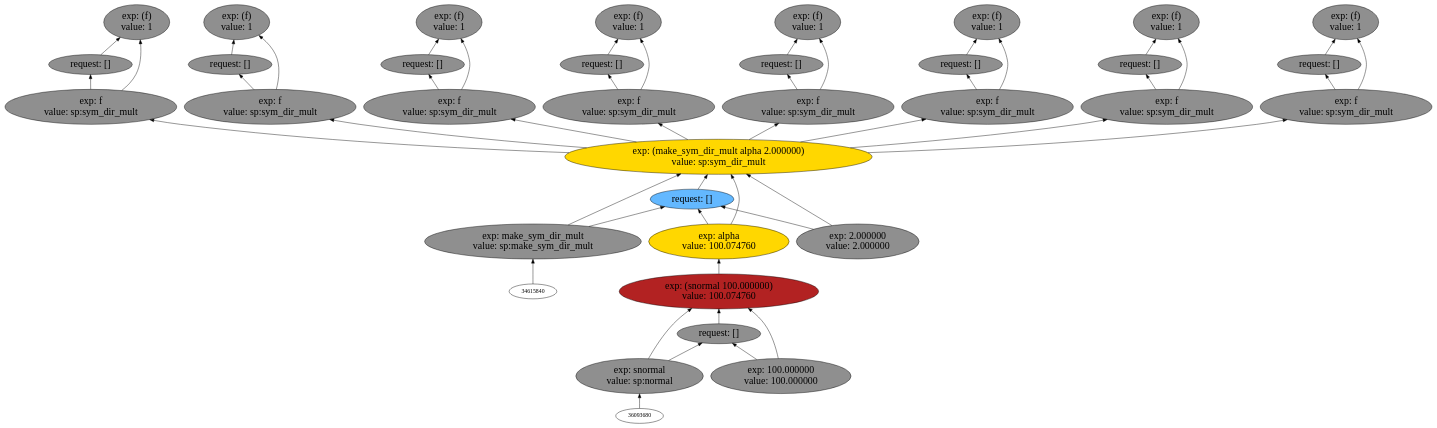
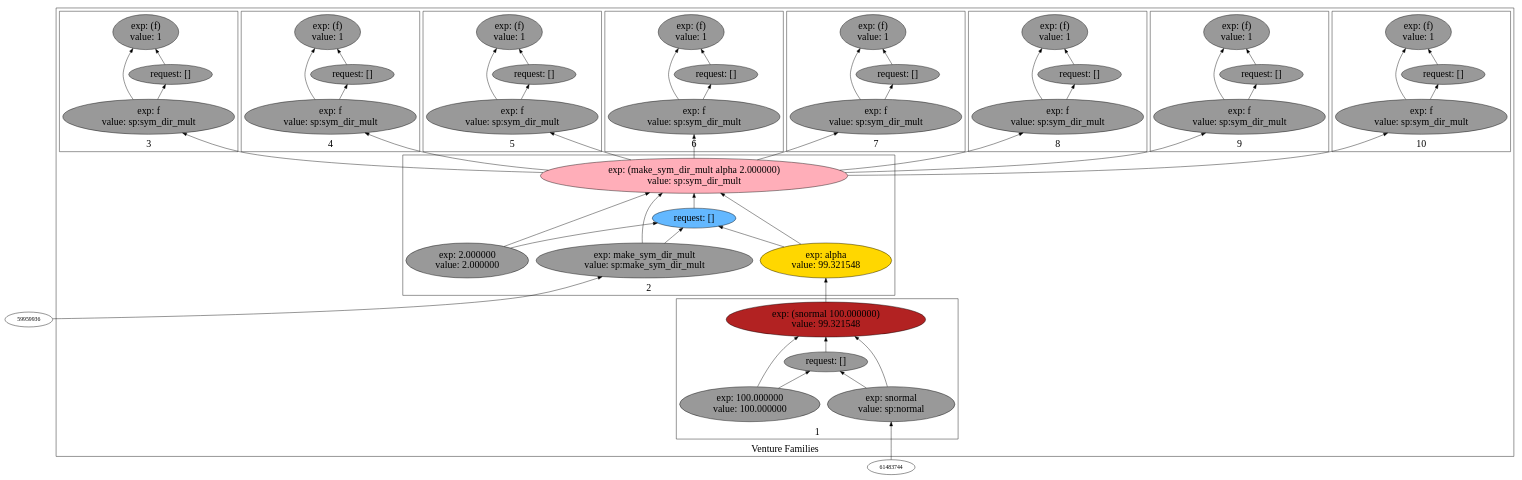
Before and after one commit to probcomp/Venturecxx: the diagram in backend/cxx/pdf_graphs/aaa_basic_with_aaa/dot5.dot, drawn with Graphviz. The commit also changed 464 other files, not shown here.

Commit message:
Pretty good draft of schematics.

```diff
--- a/backend/cxx/pdf_graphs/aaa_basic_with_aaa/dot5.dot
+++ b/backend/cxx/pdf_graphs/aaa_basic_with_aaa/dot5.dot
@@ -1,129 +1,129 @@
 digraph {
 rankdir=BT
 fontsize=24
-subgraph clster1 {
+subgraph cluster1 {
 label="Venture Families"
-subgraph clster2 {
+subgraph cluster2 {
 label="1"
-"42447104"["fillcolor"="firebrick" "fontsize"="24" "label"="exp: (snormal 100.000000)\nvalue: 100.074760" "shape"="ellipse" "style"="filled" ]
-"42310096"["fillcolor"="grey56" "fontsize"="24" "label"="request: []" "shape"="ellipse" "style"="filled" ]
-"42484848"["fillcolor"="grey56" "fontsize"="24" "label"="exp: snormal\nvalue: sp:normal" "shape"="ellipse" "style"="filled" ]
-"42935696"["fillcolor"="grey56" "fontsize"="24" "label"="exp: 100.000000\nvalue: 100.000000" "shape"="ellipse" "style"="filled" ]
+"58793328"["fillcolor"="firebrick" "fontsize"="24" "label"="exp: (snormal 100.000000)\nvalue: 99.321548" "shape"="ellipse" "style"="filled" ]
+"59782368"["fillcolor"="grey60" "fontsize"="24" "label"="request: []" "shape"="ellipse" "style"="filled" ]
+"60176752"["fillcolor"="grey60" "fontsize"="24" "label"="exp: snormal\nvalue: sp:normal" "shape"="ellipse" "style"="filled" ]
+"55978896"["fillcolor"="grey60" "fontsize"="24" "label"="exp: 100.000000\nvalue: 100.000000" "shape"="ellipse" "style"="filled" ]
 }
 
-subgraph clster3 {
+subgraph cluster3 {
 label="2"
-"41591168"["fillcolor"="gold" "fontsize"="24" "label"="exp: (make_sym_dir_mult alpha 2.000000)\nvalue: sp:sym_dir_mult" "shape"="ellipse" "style"="filled" ]
-"43633376"["fillcolor"="steelblue1" "fontsize"="24" "label"="request: []" "shape"="ellipse" "style"="filled" ]
-"41774160"["fillcolor"="grey56" "fontsize"="24" "label"="exp: make_sym_dir_mult\nvalue: sp:make_sym_dir_mult" "shape"="ellipse" "style"="filled" ]
-"43937024"["fillcolor"="gold" "fontsize"="24" "label"="exp: alpha\nvalue: 100.074760" "shape"="ellipse" "style"="filled" ]
-"41472864"["fillcolor"="grey56" "fontsize"="24" "label"="exp: 2.000000\nvalue: 2.000000" "shape"="ellipse" "style"="filled" ]
+"55107072"["fillcolor"="lightpink1" "fontsize"="24" "label"="exp: (make_sym_dir_mult alpha 2.000000)\nvalue: sp:sym_dir_mult" "shape"="ellipse" "style"="filled" ]
+"58183536"["fillcolor"="steelblue1" "fontsize"="24" "label"="request: []" "shape"="ellipse" "style"="filled" ]
+"53296304"["fillcolor"="grey60" "fontsize"="24" "label"="exp: make_sym_dir_mult\nvalue: sp:make_sym_dir_mult" "shape"="ellipse" "style"="filled" ]
+"52404240"["fillcolor"="gold" "fontsize"="24" "label"="exp: alpha\nvalue: 99.321548" "shape"="ellipse" "style"="filled" ]
+"57853120"["fillcolor"="grey60" "fontsize"="24" "label"="exp: 2.000000\nvalue: 2.000000" "shape"="ellipse" "style"="filled" ]
 }
 
-subgraph clster4 {
+subgraph cluster4 {
 label="3"
-"42197104"["fillcolor"="grey56" "fontsize"="24" "label"="exp: (f)\nvalue: 1" "shape"="ellipse" "style"="filled" ]
-"41766944"["fillcolor"="grey56" "fontsize"="24" "label"="request: []" "shape"="ellipse" "style"="filled" ]
-"41899120"["fillcolor"="grey56" "fontsize"="24" "label"="exp: f\nvalue: sp:sym_dir_mult" "shape"="ellipse" "style"="filled" ]
+"60085760"["fillcolor"="grey60" "fontsize"="24" "label"="exp: (f)\nvalue: 1" "shape"="ellipse" "style"="filled" ]
+"60248128"["fillcolor"="grey60" "fontsize"="24" "label"="request: []" "shape"="ellipse" "style"="filled" ]
+"53085776"["fillcolor"="grey60" "fontsize"="24" "label"="exp: f\nvalue: sp:sym_dir_mult" "shape"="ellipse" "style"="filled" ]
 }
 
-subgraph clster5 {
+subgraph cluster5 {
 label="4"
-"41502064"["fillcolor"="grey56" "fontsize"="24" "label"="exp: (f)\nvalue: 1" "shape"="ellipse" "style"="filled" ]
-"41668336"["fillcolor"="grey56" "fontsize"="24" "label"="request: []" "shape"="ellipse" "style"="filled" ]
-"41702848"["fillcolor"="grey56" "fontsize"="24" "label"="exp: f\nvalue: sp:sym_dir_mult" "shape"="ellipse" "style"="filled" ]
+"54608032"["fillcolor"="grey60" "fontsize"="24" "label"="exp: (f)\nvalue: 1" "shape"="ellipse" "style"="filled" ]
+"60205760"["fillcolor"="grey60" "fontsize"="24" "label"="request: []" "shape"="ellipse" "style"="filled" ]
+"55036928"["fillcolor"="grey60" "fontsize"="24" "label"="exp: f\nvalue: sp:sym_dir_mult" "shape"="ellipse" "style"="filled" ]
 }
 
-subgraph clster6 {
+subgraph cluster6 {
 label="5"
-"43914880"["fillcolor"="grey56" "fontsize"="24" "label"="exp: (f)\nvalue: 1" "shape"="ellipse" "style"="filled" ]
-"41586192"["fillcolor"="grey56" "fontsize"="24" "label"="request: []" "shape"="ellipse" "style"="filled" ]
-"43941360"["fillcolor"="grey56" "fontsize"="24" "label"="exp: f\nvalue: sp:sym_dir_mult" "shape"="ellipse" "style"="filled" ]
+"53080768"["fillcolor"="grey60" "fontsize"="24" "label"="exp: (f)\nvalue: 1" "shape"="ellipse" "style"="filled" ]
+"48783584"["fillcolor"="grey60" "fontsize"="24" "label"="request: []" "shape"="ellipse" "style"="filled" ]
+"53080080"["fillcolor"="grey60" "fontsize"="24" "label"="exp: f\nvalue: sp:sym_dir_mult" "shape"="ellipse" "style"="filled" ]
 }
 
-subgraph clster7 {
+subgraph cluster7 {
 label="6"
-"43963744"["fillcolor"="grey56" "fontsize"="24" "label"="exp: (f)\nvalue: 1" "shape"="ellipse" "style"="filled" ]
-"35194864"["fillcolor"="grey56" "fontsize"="24" "label"="request: []" "shape"="ellipse" "style"="filled" ]
-"41749504"["fillcolor"="grey56" "fontsize"="24" "label"="exp: f\nvalue: sp:sym_dir_mult" "shape"="ellipse" "style"="filled" ]
+"50481568"["fillcolor"="grey60" "fontsize"="24" "label"="exp: (f)\nvalue: 1" "shape"="ellipse" "style"="filled" ]
+"53215552"["fillcolor"="grey60" "fontsize"="24" "label"="request: []" "shape"="ellipse" "style"="filled" ]
+"53333456"["fillcolor"="grey60" "fontsize"="24" "label"="exp: f\nvalue: sp:sym_dir_mult" "shape"="ellipse" "style"="filled" ]
 }
 
-subgraph clster8 {
+subgraph cluster8 {
 label="7"
-"42202208"["fillcolor"="grey56" "fontsize"="24" "label"="exp: (f)\nvalue: 1" "shape"="ellipse" "style"="filled" ]
-"42198992"["fillcolor"="grey56" "fontsize"="24" "label"="request: []" "shape"="ellipse" "style"="filled" ]
-"41474064"["fillcolor"="grey56" "fontsize"="24" "label"="exp: f\nvalue: sp:sym_dir_mult" "shape"="ellipse" "style"="filled" ]
+"57253040"["fillcolor"="grey60" "fontsize"="24" "label"="exp: (f)\nvalue: 1" "shape"="ellipse" "style"="filled" ]
+"50247536"["fillcolor"="grey60" "fontsize"="24" "label"="request: []" "shape"="ellipse" "style"="filled" ]
+"53345520"["fillcolor"="grey60" "fontsize"="24" "label"="exp: f\nvalue: sp:sym_dir_mult" "shape"="ellipse" "style"="filled" ]
 }
 
-subgraph clster9 {
+subgraph cluster9 {
 label="8"
-"42295808"["fillcolor"="grey56" "fontsize"="24" "label"="exp: (f)\nvalue: 1" "shape"="ellipse" "style"="filled" ]
-"42259632"["fillcolor"="grey56" "fontsize"="24" "label"="request: []" "shape"="ellipse" "style"="filled" ]
-"42347008"["fillcolor"="grey56" "fontsize"="24" "label"="exp: f\nvalue: sp:sym_dir_mult" "shape"="ellipse" "style"="filled" ]
+"52397680"["fillcolor"="grey60" "fontsize"="24" "label"="exp: (f)\nvalue: 1" "shape"="ellipse" "style"="filled" ]
+"54602032"["fillcolor"="grey60" "fontsize"="24" "label"="request: []" "shape"="ellipse" "style"="filled" ]
+"51119600"["fillcolor"="grey60" "fontsize"="24" "label"="exp: f\nvalue: sp:sym_dir_mult" "shape"="ellipse" "style"="filled" ]
 }
 
-subgraph clster10 {
+subgraph cluster10 {
 label="9"
-"42434384"["fillcolor"="grey56" "fontsize"="24" "label"="exp: (f)\nvalue: 1" "shape"="ellipse" "style"="filled" ]
-"42383184"["fillcolor"="grey56" "fontsize"="24" "label"="request: []" "shape"="ellipse" "style"="filled" ]
-"42470560"["fillcolor"="grey56" "fontsize"="24" "label"="exp: f\nvalue: sp:sym_dir_mult" "shape"="ellipse" "style"="filled" ]
+"55551824"["fillcolor"="grey60" "fontsize"="24" "label"="exp: (f)\nvalue: 1" "shape"="ellipse" "style"="filled" ]
+"55519360"["fillcolor"="grey60" "fontsize"="24" "label"="request: []" "shape"="ellipse" "style"="filled" ]
+"56354352"["fillcolor"="grey60" "fontsize"="24" "label"="exp: f\nvalue: sp:sym_dir_mult" "shape"="ellipse" "style"="filled" ]
 }
 
-subgraph clster11 {
+subgraph cluster11 {
 label="10"
-"42546048"["fillcolor"="grey56" "fontsize"="24" "label"="exp: (f)\nvalue: 1" "shape"="ellipse" "style"="filled" ]
-"42508304"["fillcolor"="grey56" "fontsize"="24" "label"="request: []" "shape"="ellipse" "style"="filled" ]
-"42583792"["fillcolor"="grey56" "fontsize"="24" "label"="exp: f\nvalue: sp:sym_dir_mult" "shape"="ellipse" "style"="filled" ]
+"52407360"["fillcolor"="grey60" "fontsize"="24" "label"="exp: (f)\nvalue: 1" "shape"="ellipse" "style"="filled" ]
+"52991392"["fillcolor"="grey60" "fontsize"="24" "label"="request: []" "shape"="ellipse" "style"="filled" ]
+"51139232"["fillcolor"="grey60" "fontsize"="24" "label"="exp: f\nvalue: sp:sym_dir_mult" "shape"="ellipse" "style"="filled" ]
 }
 
 }
 
-"41702848" -> "41502064"["arrowhead"="normal" "color"="black" "constraint"="true" "style"="solid" ]
-"41702848" -> "41668336"["arrowhead"="normal" "color"="black" "constraint"="true" "style"="solid" ]
-"41591168" -> "41702848"["arrowhead"="normal" "color"="black" "constraint"="true" "style"="solid" ]
-"41668336" -> "41502064"["arrowhead"="normal" "color"="black" "constraint"="true" "style"="solid" ]
-"41774160" -> "41591168"["arrowhead"="normal" "color"="black" "constraint"="true" "style"="solid" ]
-"41774160" -> "43633376"["arrowhead"="normal" "color"="black" "constraint"="true" "style"="solid" ]
-"34615840" -> "41774160"["arrowhead"="normal" "color"="black" "constraint"="true" "style"="solid" ]
-"43937024" -> "41591168"["arrowhead"="normal" "color"="black" "constraint"="true" "style"="solid" ]
-"43937024" -> "43633376"["arrowhead"="normal" "color"="black" "constraint"="true" "style"="solid" ]
-"42447104" -> "43937024"["arrowhead"="normal" "color"="black" "constraint"="true" "style"="solid" ]
-"41472864" -> "41591168"["arrowhead"="normal" "color"="black" "constraint"="true" "style"="solid" ]
-"41472864" -> "43633376"["arrowhead"="normal" "color"="black" "constraint"="true" "style"="solid" ]
-"43633376" -> "41591168"["arrowhead"="normal" "color"="black" "constraint"="true" "style"="solid" ]
-"41899120" -> "42197104"["arrowhead"="normal" "color"="black" "constraint"="true" "style"="solid" ]
-"41899120" -> "41766944"["arrowhead"="normal" "color"="black" "constraint"="true" "style"="solid" ]
-"41591168" -> "41899120"["arrowhead"="normal" "color"="black" "constraint"="true" "style"="solid" ]
-"41766944" -> "42197104"["arrowhead"="normal" "color"="black" "constraint"="true" "style"="solid" ]
-"41474064" -> "42202208"["arrowhead"="normal" "color"="black" "constraint"="true" "style"="solid" ]
-"41474064" -> "42198992"["arrowhead"="normal" "color"="black" "constraint"="true" "style"="solid" ]
-"41591168" -> "41474064"["arrowhead"="normal" "color"="black" "constraint"="true" "style"="solid" ]
-"42198992" -> "42202208"["arrowhead"="normal" "color"="black" "constraint"="true" "style"="solid" ]
-"42347008" -> "42295808"["arrowhead"="normal" "color"="black" "constraint"="true" "style"="solid" ]
-"42347008" -> "42259632"["arrowhead"="normal" "color"="black" "constraint"="true" "style"="solid" ]
-"41591168" -> "42347008"["arrowhead"="normal" "color"="black" "constraint"="true" "style"="solid" ]
-"42259632" -> "42295808"["arrowhead"="normal" "color"="black" "constraint"="true" "style"="solid" ]
-"42470560" -> "42434384"["arrowhead"="normal" "color"="black" "constraint"="true" "style"="solid" ]
-"42470560" -> "42383184"["arrowhead"="normal" "color"="black" "constraint"="true" "style"="solid" ]
-"41591168" -> "42470560"["arrowhead"="normal" "color"="black" "constraint"="true" "style"="solid" ]
-"42383184" -> "42434384"["arrowhead"="normal" "color"="black" "constraint"="true" "style"="solid" ]
-"42484848" -> "42447104"["arrowhead"="normal" "color"="black" "constraint"="true" "style"="solid" ]
-"42484848" -> "42310096"["arrowhead"="normal" "color"="black" "constraint"="true" "style"="solid" ]
-"36093680" -> "42484848"["arrowhead"="normal" "color"="black" "constraint"="true" "style"="solid" ]
-"42935696" -> "42447104"["arrowhead"="normal" "color"="black" "constraint"="true" "style"="solid" ]
-"42935696" -> "42310096"["arrowhead"="normal" "color"="black" "constraint"="true" "style"="solid" ]
-"42310096" -> "42447104"["arrowhead"="normal" "color"="black" "constraint"="true" "style"="solid" ]
-"42583792" -> "42546048"["arrowhead"="normal" "color"="black" "constraint"="true" "style"="solid" ]
-"42583792" -> "42508304"["arrowhead"="normal" "color"="black" "constraint"="true" "style"="solid" ]
-"41591168" -> "42583792"["arrowhead"="normal" "color"="black" "constraint"="true" "style"="solid" ]
-"42508304" -> "42546048"["arrowhead"="normal" "color"="black" "constraint"="true" "style"="solid" ]
-"43941360" -> "43914880"["arrowhead"="normal" "color"="black" "constraint"="true" "style"="solid" ]
-"43941360" -> "41586192"["arrowhead"="normal" "color"="black" "constraint"="true" "style"="solid" ]
-"41591168" -> "43941360"["arrowhead"="normal" "color"="black" "constraint"="true" "style"="solid" ]
-"41586192" -> "43914880"["arrowhead"="normal" "color"="black" "constraint"="true" "style"="solid" ]
-"41749504" -> "43963744"["arrowhead"="normal" "color"="black" "constraint"="true" "style"="solid" ]
-"41749504" -> "35194864"["arrowhead"="normal" "color"="black" "constraint"="true" "style"="solid" ]
-"41591168" -> "41749504"["arrowhead"="normal" "color"="black" "constraint"="true" "style"="solid" ]
-"35194864" -> "43963744"["arrowhead"="normal" "color"="black" "constraint"="true" "style"="solid" ]
+"53333456" -> "50481568"["arrowhead"="normal" "color"="black" "constraint"="true" "style"="solid" ]
+"53333456" -> "53215552"["arrowhead"="normal" "color"="black" "constraint"="true" "style"="solid" ]
+"55107072" -> "53333456"["arrowhead"="normal" "color"="black" "constraint"="true" "style"="solid" ]
+"53215552" -> "50481568"["arrowhead"="normal" "color"="black" "constraint"="true" "style"="solid" ]
+"51119600" -> "52397680"["arrowhead"="normal" "color"="black" "constraint"="true" "style"="solid" ]
+"51119600" -> "54602032"["arrowhead"="normal" "color"="black" "constraint"="true" "style"="solid" ]
+"55107072" -> "51119600"["arrowhead"="normal" "color"="black" "constraint"="true" "style"="solid" ]
+"54602032" -> "52397680"["arrowhead"="normal" "color"="black" "constraint"="true" "style"="solid" ]
+"51139232" -> "52407360"["arrowhead"="normal" "color"="black" "constraint"="true" "style"="solid" ]
+"51139232" -> "52991392"["arrowhead"="normal" "color"="black" "constraint"="true" "style"="solid" ]
+"55107072" -> "51139232"["arrowhead"="normal" "color"="black" "constraint"="true" "style"="solid" ]
+"52991392" -> "52407360"["arrowhead"="normal" "color"="black" "constraint"="true" "style"="solid" ]
+"53080080" -> "53080768"["arrowhead"="normal" "color"="black" "constraint"="true" "style"="solid" ]
+"53080080" -> "48783584"["arrowhead"="normal" "color"="black" "constraint"="true" "style"="solid" ]
+"55107072" -> "53080080"["arrowhead"="normal" "color"="black" "constraint"="true" "style"="solid" ]
+"48783584" -> "53080768"["arrowhead"="normal" "color"="black" "constraint"="true" "style"="solid" ]
+"55036928" -> "54608032"["arrowhead"="normal" "color"="black" "constraint"="true" "style"="solid" ]
+"55036928" -> "60205760"["arrowhead"="normal" "color"="black" "constraint"="true" "style"="solid" ]
+"55107072" -> "55036928"["arrowhead"="normal" "color"="black" "constraint"="true" "style"="solid" ]
+"60205760" -> "54608032"["arrowhead"="normal" "color"="black" "constraint"="true" "style"="solid" ]
+"53296304" -> "55107072"["arrowhead"="normal" "color"="black" "constraint"="true" "style"="solid" ]
+"53296304" -> "58183536"["arrowhead"="normal" "color"="black" "constraint"="true" "style"="solid" ]
+"59959936" -> "53296304"["arrowhead"="normal" "color"="black" "constraint"="true" "style"="solid" ]
+"52404240" -> "55107072"["arrowhead"="normal" "color"="black" "constraint"="true" "style"="solid" ]
+"52404240" -> "58183536"["arrowhead"="normal" "color"="black" "constraint"="true" "style"="solid" ]
+"58793328" -> "52404240"["arrowhead"="normal" "color"="black" "constraint"="true" "style"="solid" ]
+"57853120" -> "55107072"["arrowhead"="normal" "color"="black" "constraint"="true" "style"="solid" ]
+"57853120" -> "58183536"["arrowhead"="normal" "color"="black" "constraint"="true" "style"="solid" ]
+"58183536" -> "55107072"["arrowhead"="normal" "color"="black" "constraint"="true" "style"="solid" ]
+"56354352" -> "55551824"["arrowhead"="normal" "color"="black" "constraint"="true" "style"="solid" ]
+"56354352" -> "55519360"["arrowhead"="normal" "color"="black" "constraint"="true" "style"="solid" ]
+"55107072" -> "56354352"["arrowhead"="normal" "color"="black" "constraint"="true" "style"="solid" ]
+"55519360" -> "55551824"["arrowhead"="normal" "color"="black" "constraint"="true" "style"="solid" ]
+"53345520" -> "57253040"["arrowhead"="normal" "color"="black" "constraint"="true" "style"="solid" ]
+"53345520" -> "50247536"["arrowhead"="normal" "color"="black" "constraint"="true" "style"="solid" ]
+"55107072" -> "53345520"["arrowhead"="normal" "color"="black" "constraint"="true" "style"="solid" ]
+"50247536" -> "57253040"["arrowhead"="normal" "color"="black" "constraint"="true" "style"="solid" ]
+"60176752" -> "58793328"["arrowhead"="normal" "color"="black" "constraint"="true" "style"="solid" ]
+"60176752" -> "59782368"["arrowhead"="normal" "color"="black" "constraint"="true" "style"="solid" ]
+"61483744" -> "60176752"["arrowhead"="normal" "color"="black" "constraint"="true" "style"="solid" ]
+"55978896" -> "58793328"["arrowhead"="normal" "color"="black" "constraint"="true" "style"="solid" ]
+"55978896" -> "59782368"["arrowhead"="normal" "color"="black" "constraint"="true" "style"="solid" ]
+"59782368" -> "58793328"["arrowhead"="normal" "color"="black" "constraint"="true" "style"="solid" ]
+"53085776" -> "60085760"["arrowhead"="normal" "color"="black" "constraint"="true" "style"="solid" ]
+"53085776" -> "60248128"["arrowhead"="normal" "color"="black" "constraint"="true" "style"="solid" ]
+"55107072" -> "53085776"["arrowhead"="normal" "color"="black" "constraint"="true" "style"="solid" ]
+"60248128" -> "60085760"["arrowhead"="normal" "color"="black" "constraint"="true" "style"="solid" ]
 
 }
```
